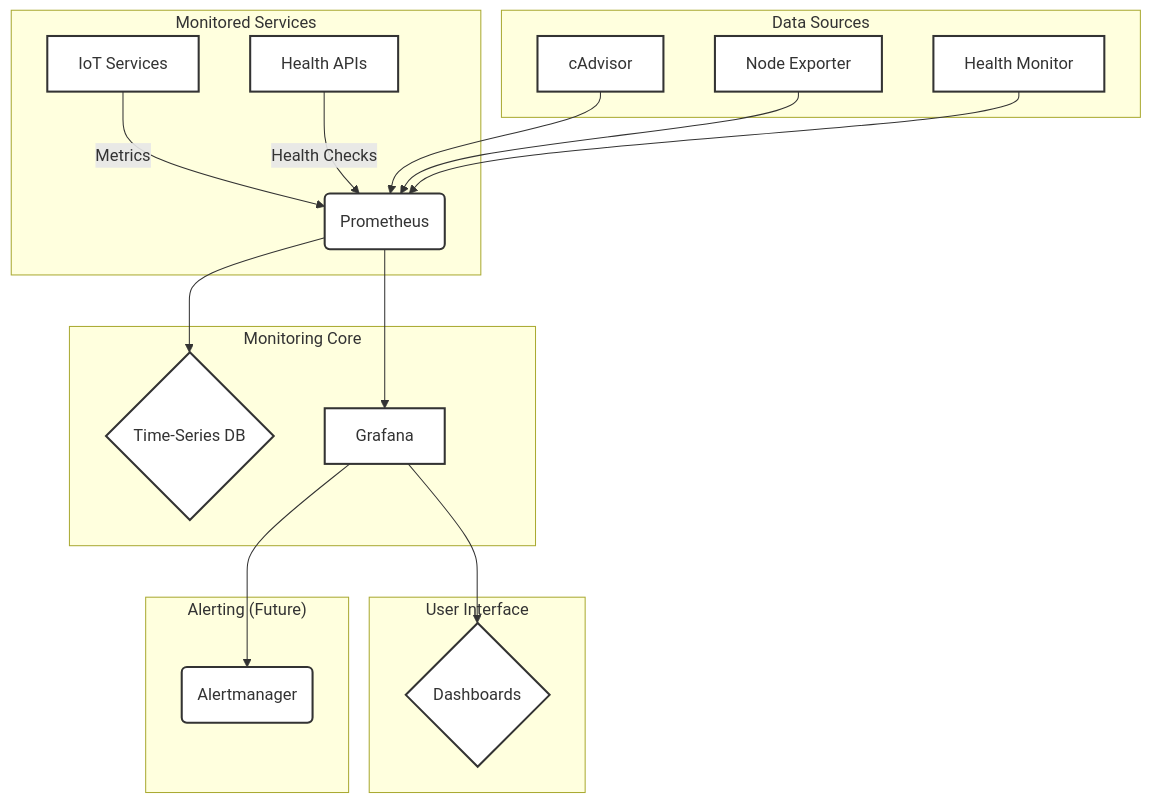
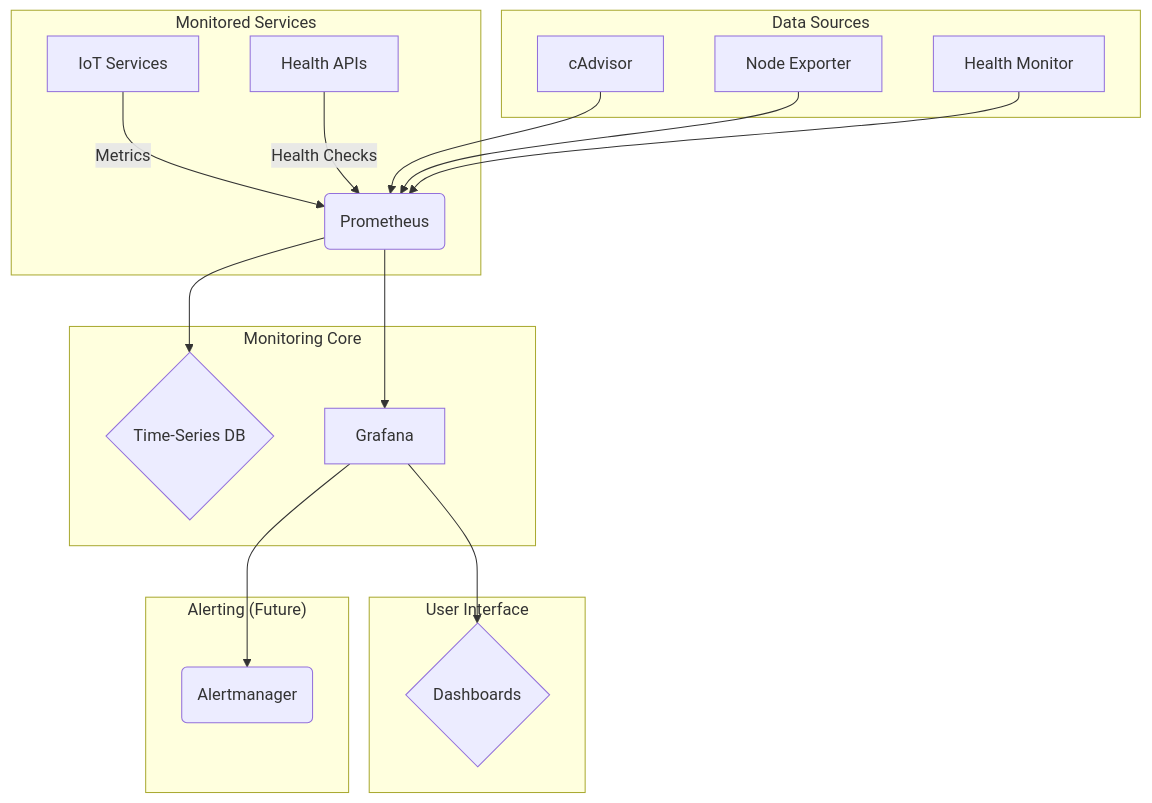
One commit to amoyavt/POC_MQTT changed the diagram in docs/monitoring/overview.md. Above: the diagram before and after it, drawn with Mermaid. The commit also changed 2 other files, not shown here.

Commit message:
Refactor architecture diagrams and update monitoring stack documentation for clarity

````diff
--- a/docs/monitoring/overview.md
+++ b/docs/monitoring/overview.md
@@ -9,37 +9,26 @@
 ```mermaid
 graph TD
     subgraph "Monitored Services"
         A["IoT Services"] -->|Metrics| B("Prometheus")
         C["Health APIs"] -->|Health Checks| B
     end
 
     subgraph "Monitoring Core"
         B --> D{"Time-Series DB"}
         B --> E["Grafana"]
     end
 
     subgraph "Data Sources"
         F["cAdvisor"] --> B
         G["Node Exporter"] --> B
         H["Health Monitor"] --> B
     end
 
     subgraph "User Interface"
         E --> I{"Dashboards"}
     end
 
     subgraph "Alerting (Future)"
         E --> J("Alertmanager")
     end
-
-    style A fill:#fff,stroke:#333,stroke-width:2px
-    style B fill:#fff,stroke:#333,stroke-width:2px
-    style C fill:#fff,stroke:#333,stroke-width:2px
-    style D fill:#fff,stroke:#333,stroke-width:2px
-    style E fill:#fff,stroke:#333,stroke-width:2px
-    style F fill:#fff,stroke:#333,stroke-width:2px
-    style G fill:#fff,stroke:#333,stroke-width:2px
-    style H fill:#fff,stroke:#333,stroke-width:2px
-    style I fill:#fff,stroke:#333,stroke-width:2px
-    style J fill:#fff,stroke:#333,stroke-width:2px
 ```
````
